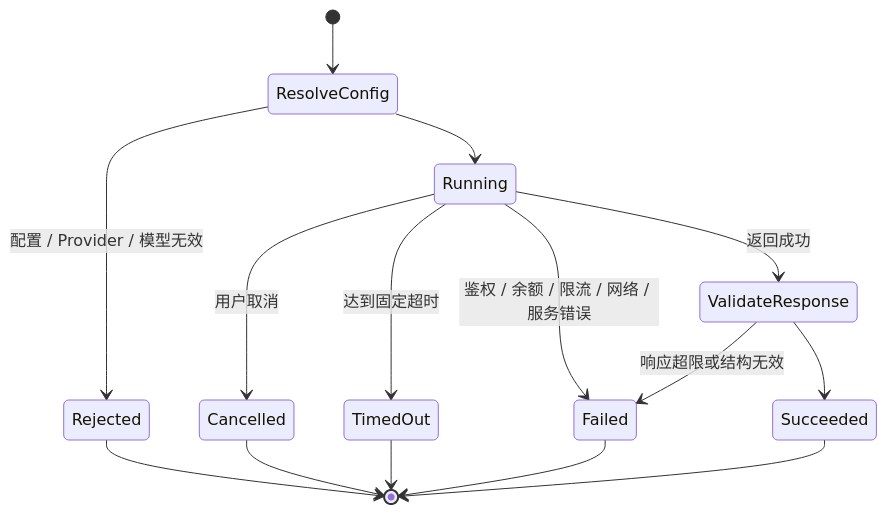
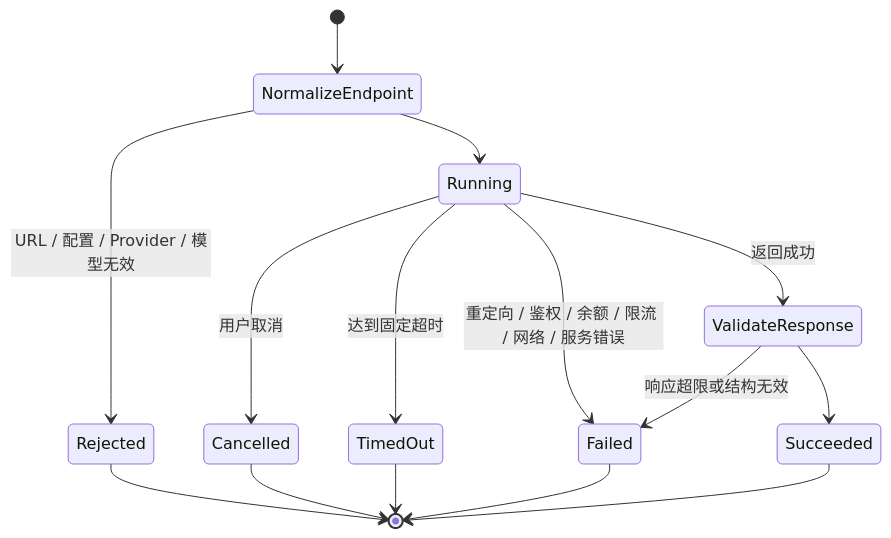
Before and after one commit to wzhic/material: the second of 2 diagrams in docs/development/模型接入与安全存储-DEV-0010-v1.0.md, drawn with Mermaid. The commit also changed other lines of this file and 14 other files, not shown here.

````diff
--- a/docs/development/模型接入与安全存储-DEV-0010-v1.0.md
+++ b/docs/development/模型接入与安全存储-DEV-0010-v1.0.md
@@ -66,17 +92,17 @@
 ```mermaid
 stateDiagram-v2
-    [*] --> ResolveConfig
-    ResolveConfig --> Rejected: 配置 / Provider / 模型无效
-    ResolveConfig --> Running
+    [*] --> NormalizeEndpoint
+    NormalizeEndpoint --> Rejected: URL / 配置 / Provider / 模型无效
+    NormalizeEndpoint --> Running
     Running --> Cancelled: 用户取消
     Running --> TimedOut: 达到固定超时
-    Running --> Failed: 鉴权 / 余额 / 限流 / 网络 / 服务错误
+    Running --> Failed: 重定向 / 鉴权 / 余额 / 限流 / 网络 / 服务错误
     Running --> ValidateResponse: 返回成功
     ValidateResponse --> Failed: 响应超限或结构无效
     ValidateResponse --> Succeeded
     Rejected --> [*]
     Cancelled --> [*]
     TimedOut --> [*]
     Failed --> [*]
     Succeeded --> [*]
 ```
````
